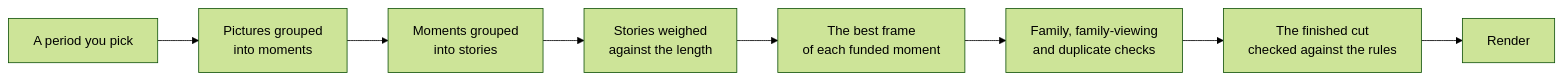
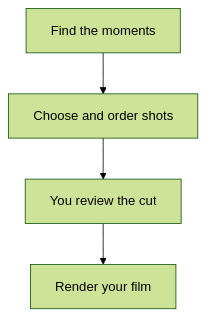
Before and after one commit to sam-dumont/immich-memories: the diagram in docs-site/docs/how-it-chooses/overview.md, drawn with Mermaid (forest theme). The commit also changed other lines of this file and 202 other files, not shown here.

````diff
--- a/docs-site/docs/how-it-chooses/overview.md
+++ b/docs-site/docs/how-it-chooses/overview.md
@@ -25,10 +9,8 @@
 ```mermaid
-flowchart LR
-  period["A period you pick"] --> moments["Pictures grouped<br/>into moments"]
-  moments --> stories["Moments grouped<br/>into stories"]
-  stories --> weigh["Stories weighed<br/>against the length"]
-  weigh --> pick["The best frame<br/>of each funded moment"]
-  pick --> checks["Family, family-viewing<br/>and duplicate checks"]
-  checks --> promises["The finished cut<br/>checked against the rules"]
-  promises --> film["Render"]
+flowchart TD
+  accTitle: From your chosen pictures to a film
+  accDescr: Group pictures into moments, choose shots, let you review the cut, then render.
+  moments["Find the moments"] --> shots["Choose and order shots"]
+  shots --> review["You review the cut"]
+  review --> film["Render your film"]
 ```
````
